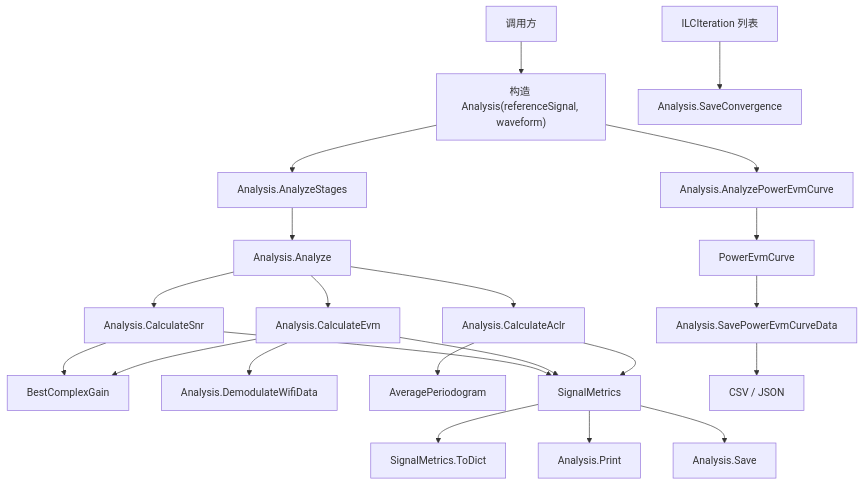
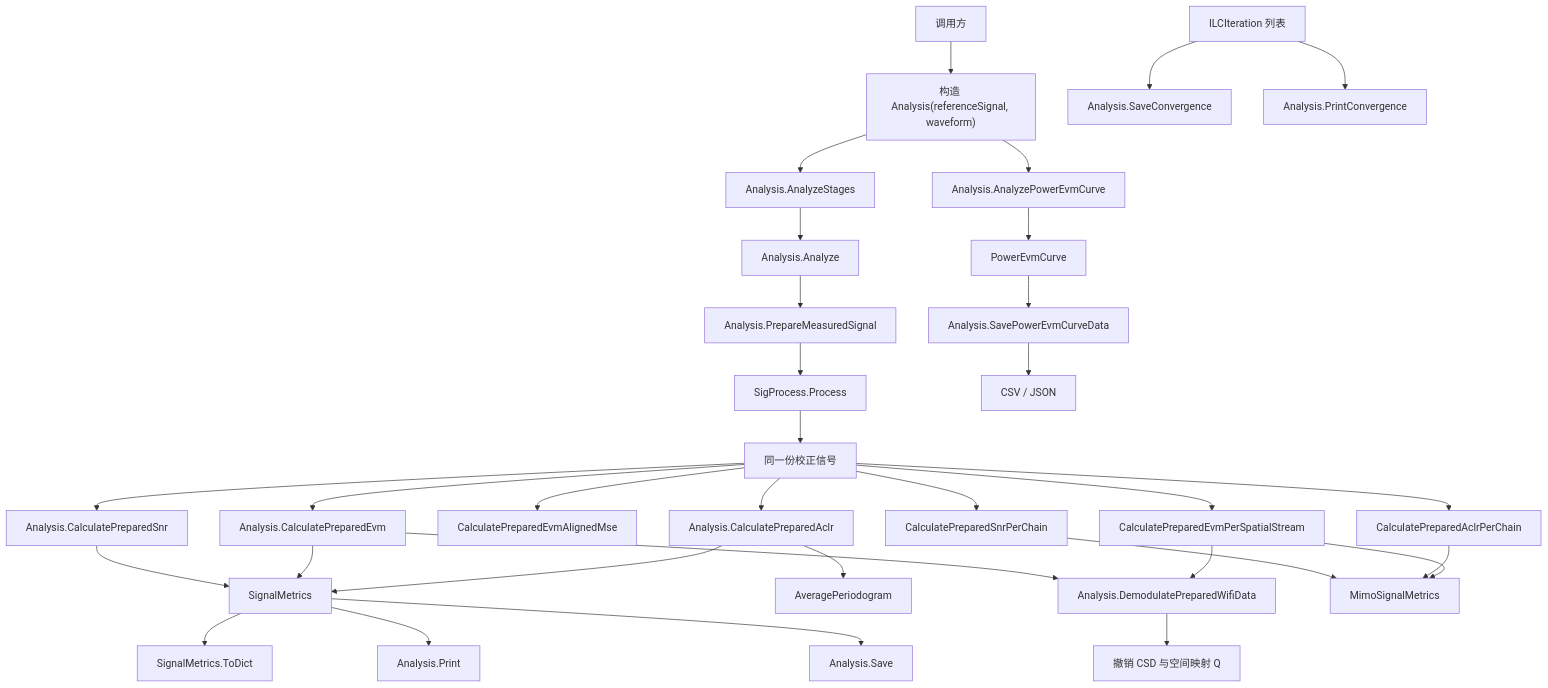
Before and after one commit to niyilu45/DPD_ILC: the ninth of 12 diagrams in README.md, drawn with Mermaid. The commit also changed other lines of this file and 18 other files, not shown here.

Commit message:
Add MIMO DPD and EVM-aligned ILC diagnostics

````diff
--- a/README.md
+++ b/README.md
@@ -275,26 +357,37 @@
 ```mermaid
 flowchart TD
     caller["调用方"] --> context["构造 Analysis(referenceSignal, waveform)"]
     context --> stages["Analysis.AnalyzeStages"]
     stages --> analyze["Analysis.Analyze"]
-    analyze --> snr["Analysis.CalculateSnr"]
-    analyze --> evm["Analysis.CalculateEvm"]
-    analyze --> aclr["Analysis.CalculateAclr"]
+    analyze --> prepare["Analysis.PrepareMeasuredSignal"]
+    prepare --> sigProcess["SigProcess.Process"]
+    sigProcess --> prepared["同一份校正信号"]
+    prepared --> snr["Analysis.CalculatePreparedSnr"]
+    prepared --> evm["Analysis.CalculatePreparedEvm"]
+    prepared --> evmMse["CalculatePreparedEvmAlignedMse"]
+    prepared --> aclr["Analysis.CalculatePreparedAclr"]
+    prepared --> chainSnr["CalculatePreparedSnrPerChain"]
+    prepared --> chainAclr["CalculatePreparedAclrPerChain"]
+    prepared --> streamEvm["CalculatePreparedEvmPerSpatialStream"]
 
-    snr --> gain["BestComplexGain"]
-    evm --> demod["Analysis.DemodulateWifiData"]
-    evm --> gain
+    evm --> demod["Analysis.DemodulatePreparedWifiData"]
+    streamEvm --> demod
+    demod --> undo["撤销 CSD 与空间映射 Q"]
     aclr --> psd["AveragePeriodogram"]
 
     snr --> metrics["SignalMetrics"]
     evm --> metrics
     aclr --> metrics
+    chainSnr --> mimoMetrics["MimoSignalMetrics"]
+    chainAclr --> mimoMetrics
+    streamEvm --> mimoMetrics
     metrics --> toDict["SignalMetrics.ToDict"]
     metrics --> print["Analysis.Print"]
     metrics --> save["Analysis.Save"]
     convergence["ILCIteration 列表"] --> saveConvergence["Analysis.SaveConvergence"]
+    convergence --> printConvergence["Analysis.PrintConvergence"]
     context --> powerSweep["Analysis.AnalyzePowerEvmCurve"]
     powerSweep --> curve["PowerEvmCurve"]
     curve --> curveSave["Analysis.SavePowerEvmCurveData"]
     curveSave --> curveFiles["CSV / JSON"]
 ```
````
